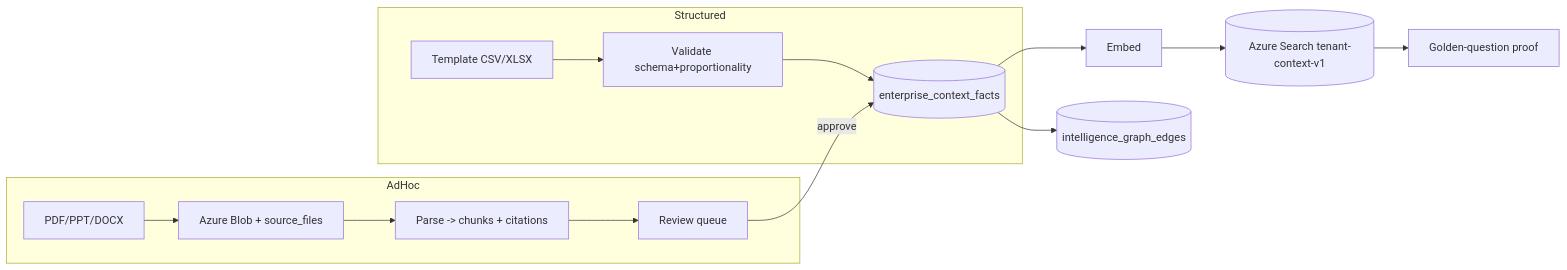
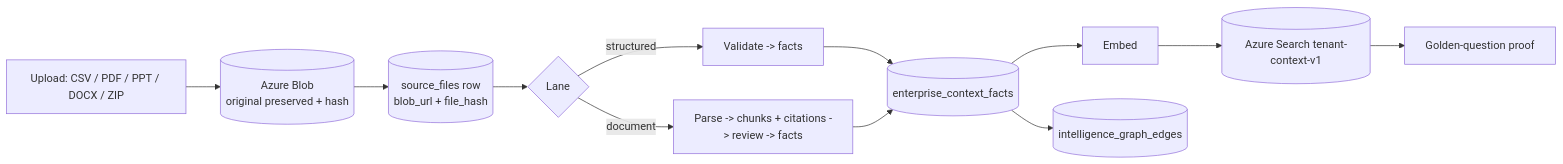
One commit to abarva-platform/abarva changed the diagram in docs/build/setup-admin-loader/DESIGN.md. Above: the diagram before and after it, drawn with Mermaid. The commit also changed other lines of this file, not shown here.

First line of the commit message:
Loader design: make Blob-preservation a HARD GATE (Gate 0) + Admin pressure-test

````diff
--- a/docs/build/setup-admin-loader/DESIGN.md
+++ b/docs/build/setup-admin-loader/DESIGN.md
@@ -49,16 +66,13 @@
 ```mermaid
 flowchart LR
-  subgraph Structured
-    T[Template CSV/XLSX] --> V[Validate schema+proportionality]
-    V --> F[(enterprise_context_facts)]
-  end
-  subgraph AdHoc
-    D[PDF/PPT/DOCX] --> B[Azure Blob + source_files]
-    B --> P[Parse -> chunks + citations]
-    P --> RQ[Review queue]
-    RQ -->|approve| F
-  end
+  U[Upload: CSV / PDF / PPT / DOCX / ZIP] --> B[(Azure Blob<br/>original preserved + hash)]
+  B --> SF[(source_files row<br/>blob_url + file_hash)]
+  SF --> V{Lane}
+  V -->|structured| FC[Validate -> facts]
+  V -->|document| P[Parse -> chunks + citations -> review -> facts]
+  FC --> F[(enterprise_context_facts)]
+  P --> F
   F --> E[Embed] --> IDX[(Azure Search tenant-context-v1)]
   F --> G[(intelligence_graph_edges)]
   IDX --> Q[Golden-question proof]
 ```
````
